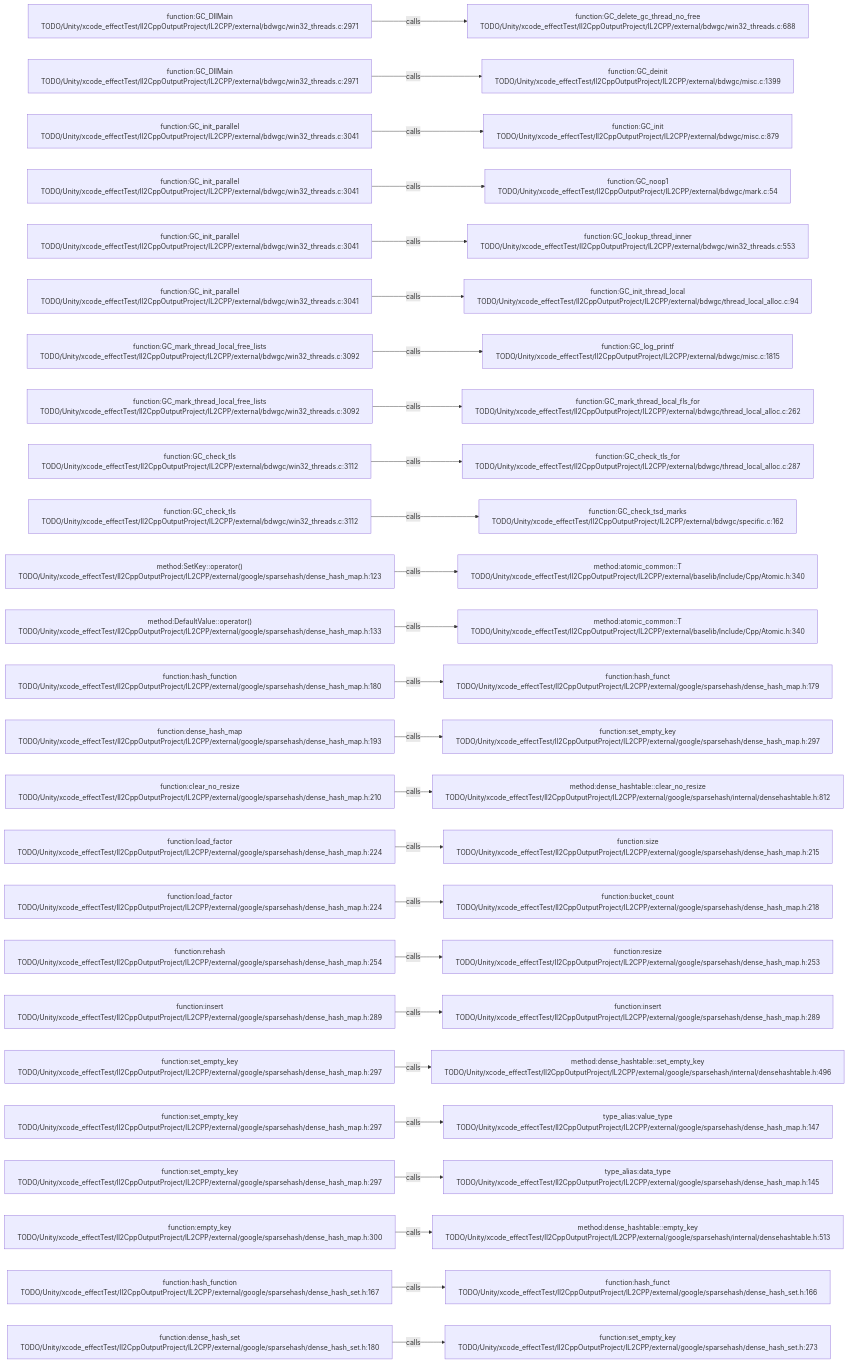
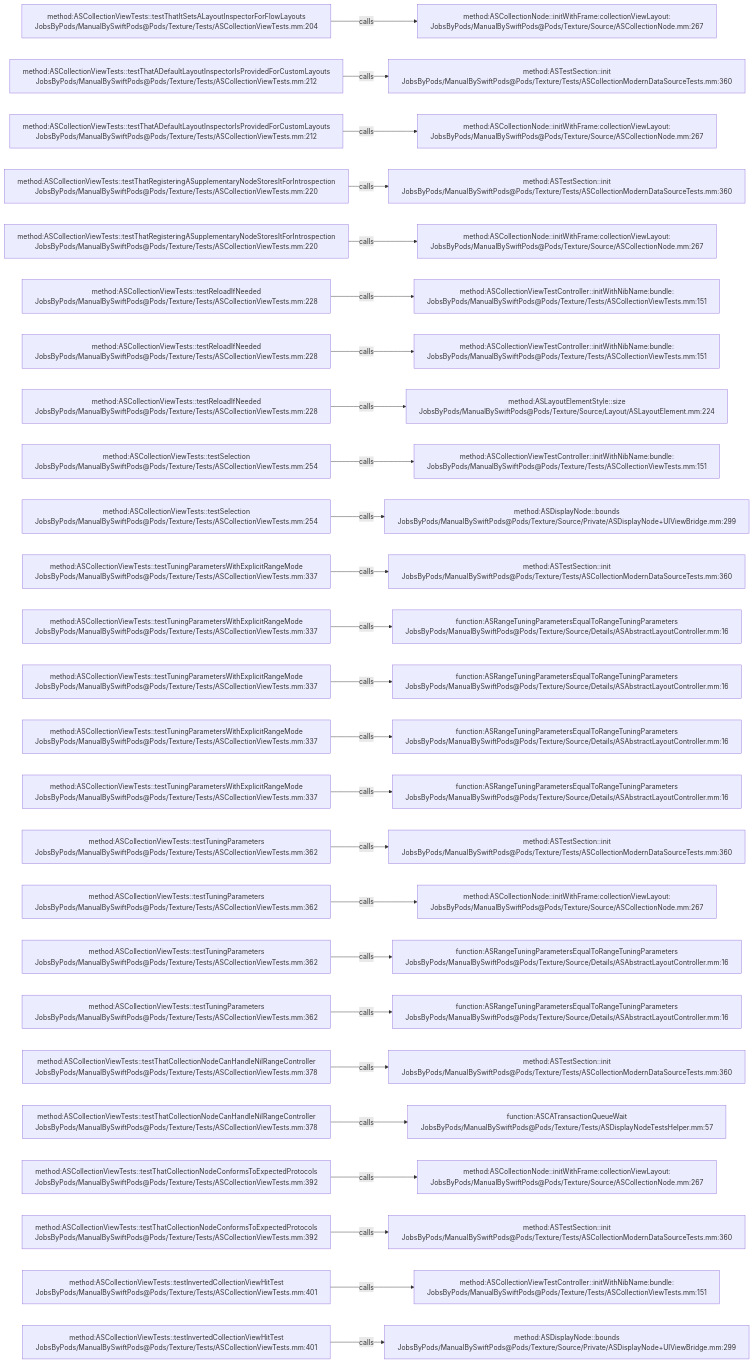
One commit to JobsKits/JobsSwiftBaseConfigDemo changed the diagram in .codegraph/codegraph.md/graphs/calls-190.md. Above: the diagram before and after it, drawn with Mermaid. The commit also changed 2959 other files, not shown here.

````diff
--- a/.codegraph/codegraph.md/graphs/calls-190.md
+++ b/.codegraph/codegraph.md/graphs/calls-190.md
@@ -13,78 +13,78 @@
 ```mermaid
 flowchart LR
-  S1["function:GC_DllMain<br/>TODO/Unity/xcode_effectTest/Il2CppOutputProject/IL2CPP/external/bdwgc/win32_threads.c:2971"]
-  T1["function:GC_delete_gc_thread_no_free<br/>TODO/Unity/xcode_effectTest/Il2CppOutputProject/IL2CPP/external/bdwgc/win32_threads.c:688"]
+  S1["method:ASCollectionViewTests::testThatItSetsALayoutInspectorForFlowLayouts<br/>JobsByPods/ManualBySwiftPods@Pods/Texture/Tests/ASCollectionViewTests.mm:204"]
+  T1["method:ASCollectionNode::initWithFrame:collectionViewLayout:<br/>JobsByPods/ManualBySwiftPods@Pods/Texture/Source/ASCollectionNode.mm:267"]
   S1 -->|calls| T1
-  S2["function:GC_DllMain<br/>TODO/Unity/xcode_effectTest/Il2CppOutputProject/IL2CPP/external/bdwgc/win32_threads.c:2971"]
-  T2["function:GC_deinit<br/>TODO/Unity/xcode_effectTest/Il2CppOutputProject/IL2CPP/external/bdwgc/misc.c:1399"]
+  S2["method:ASCollectionViewTests::testThatADefaultLayoutInspectorIsProvidedForCustomLayouts<br/>JobsByPods/ManualBySwiftPods@Pods/Texture/Tests/ASCollectionViewTests.mm:212"]
+  T2["method:ASTestSection::init<br/>JobsByPods/ManualBySwiftPods@Pods/Texture/Tests/ASCollectionModernDataSourceTests.mm:360"]
   S2 -->|calls| T2
-  S3["function:GC_init_parallel<br/>TODO/Unity/xcode_effectTest/Il2CppOutputProject/IL2CPP/external/bdwgc/win32_threads.c:3041"]
-  T3["function:GC_init<br/>TODO/Unity/xcode_effectTest/Il2CppOutputProject/IL2CPP/external/bdwgc/misc.c:879"]
+  S3["method:ASCollectionViewTests::testThatADefaultLayoutInspectorIsProvidedForCustomLayouts<br/>JobsByPods/ManualBySwiftPods@Pods/Texture/Tests/ASCollectionViewTests.mm:212"]
+  T3["method:ASCollectionNode::initWithFrame:collectionViewLayout:<br/>JobsByPods/ManualBySwiftPods@Pods/Texture/Source/ASCollectionNode.mm:267"]
   S3 -->|calls| T3
-  S4["function:GC_init_parallel<br/>TODO/Unity/xcode_effectTest/Il2CppOutputProject/IL2CPP/external/bdwgc/win32_threads.c:3041"]
-  T4["function:GC_noop1<br/>TODO/Unity/xcode_effectTest/Il2CppOutputProject/IL2CPP/external/bdwgc/mark.c:54"]
+  S4["method:ASCollectionViewTests::testThatRegisteringASupplementaryNodeStoresItForIntrospection<br/>JobsByPods/ManualBySwiftPods@Pods/Texture/Tests/ASCollectionViewTests.mm:220"]
+  T4["method:ASTestSection::init<br/>JobsByPods/ManualBySwiftPods@Pods/Texture/Tests/ASCollectionModernDataSourceTests.mm:360"]
   S4 -->|calls| T4
-  S5["function:GC_init_parallel<br/>TODO/Unity/xcode_effectTest/Il2CppOutputProject/IL2CPP/external/bdwgc/win32_threads.c:3041"]
-  T5["function:GC_lookup_thread_inner<br/>TODO/Unity/xcode_effectTest/Il2CppOutputProject/IL2CPP/external/bdwgc/win32_threads.c:553"]
+  S5["method:ASCollectionViewTests::testThatRegisteringASupplementaryNodeStoresItForIntrospection<br/>JobsByPods/ManualBySwiftPods@Pods/Texture/Tests/ASCollectionViewTests.mm:220"]
+  T5["method:ASCollectionNode::initWithFrame:collectionViewLayout:<br/>JobsByPods/ManualBySwiftPods@Pods/Texture/Source/ASCollectionNode.mm:267"]
   S5 -->|calls| T5
-  S6["function:GC_init_parallel<br/>TODO/Unity/xcode_effectTest/Il2CppOutputProject/IL2CPP/external/bdwgc/win32_threads.c:3041"]
-  T6["function:GC_init_thread_local<br/>TODO/Unity/xcode_effectTest/Il2CppOutputProject/IL2CPP/external/bdwgc/thread_local_alloc.c:94"]
+  S6["method:ASCollectionViewTests::testReloadIfNeeded<br/>JobsByPods/ManualBySwiftPods@Pods/Texture/Tests/ASCollectionViewTests.mm:228"]
+  T6["method:ASCollectionViewTestController::initWithNibName:bundle:<br/>JobsByPods/ManualBySwiftPods@Pods/Texture/Tests/ASCollectionViewTests.mm:151"]
   S6 -->|calls| T6
-  S7["function:GC_mark_thread_local_free_lists<br/>TODO/Unity/xcode_effectTest/Il2CppOutputProject/IL2CPP/external/bdwgc/win32_threads.c:3092"]
-  T7["function:GC_log_printf<br/>TODO/Unity/xcode_effectTest/Il2CppOutputProject/IL2CPP/external/bdwgc/misc.c:1815"]
+  S7["method:ASCollectionViewTests::testReloadIfNeeded<br/>JobsByPods/ManualBySwiftPods@Pods/Texture/Tests/ASCollectionViewTests.mm:228"]
+  T7["method:ASCollectionViewTestController::initWithNibName:bundle:<br/>JobsByPods/ManualBySwiftPods@Pods/Texture/Tests/ASCollectionViewTests.mm:151"]
   S7 -->|calls| T7
-  S8["function:GC_mark_thread_local_free_lists<br/>TODO/Unity/xcode_effectTest/Il2CppOutputProject/IL2CPP/external/bdwgc/win32_threads.c:3092"]
-  T8["function:GC_mark_thread_local_fls_for<br/>TODO/Unity/xcode_effectTest/Il2CppOutputProject/IL2CPP/external/bdwgc/thread_local_alloc.c:262"]
+  S8["method:ASCollectionViewTests::testReloadIfNeeded<br/>JobsByPods/ManualBySwiftPods@Pods/Texture/Tests/ASCollectionViewTests.mm:228"]
+  T8["method:ASLayoutElementStyle::size<br/>JobsByPods/ManualBySwiftPods@Pods/Texture/Source/Layout/ASLayoutElement.mm:224"]
   S8 -->|calls| T8
-  S9["function:GC_check_tls<br/>TODO/Unity/xcode_effectTest/Il2CppOutputProject/IL2CPP/external/bdwgc/win32_threads.c:3112"]
-  T9["function:GC_check_tls_for<br/>TODO/Unity/xcode_effectTest/Il2CppOutputProject/IL2CPP/external/bdwgc/thread_local_alloc.c:287"]
+  S9["method:ASCollectionViewTests::testSelection<br/>JobsByPods/ManualBySwiftPods@Pods/Texture/Tests/ASCollectionViewTests.mm:254"]
+  T9["method:ASCollectionViewTestController::initWithNibName:bundle:<br/>JobsByPods/ManualBySwiftPods@Pods/Texture/Tests/ASCollectionViewTests.mm:151"]
   S9 -->|calls| T9
-  S10["function:GC_check_tls<br/>TODO/Unity/xcode_effectTest/Il2CppOutputProject/IL2CPP/external/bdwgc/win32_threads.c:3112"]
-  T10["function:GC_check_tsd_marks<br/>TODO/Unity/xcode_effectTest/Il2CppOutputProject/IL2CPP/external/bdwgc/specific.c:162"]
+  S10["method:ASCollectionViewTests::testSelection<br/>JobsByPods/ManualBySwiftPods@Pods/Texture/Tests/ASCollectionViewTests.mm:254"]
+  T10["method:ASDisplayNode::bounds<br/>JobsByPods/ManualBySwiftPods@Pods/Texture/Source/Private/ASDisplayNode+UIViewBridge.mm:299"]
   S10 -->|calls| T10
-  S11["method:SetKey::operator()<br/>TODO/Unity/xcode_effectTest/Il2CppOutputProject/IL2CPP/external/google/sparsehash/dense_hash_map.h:123"]
-  T11["method:atomic_common::T<br/>TODO/Unity/xcode_effectTest/Il2CppOutputProject/IL2CPP/external/baselib/Include/Cpp/Atomic.h:340"]
+  S11["method:ASCollectionViewTests::testTuningParametersWithExplicitRangeMode<br/>JobsByPods/ManualBySwiftPods@Pods/Texture/Tests/ASCollectionViewTests.mm:337"]
+  T11["method:ASTestSection::init<br/>JobsByPods/ManualBySwiftPods@Pods/Texture/Tests/ASCollectionModernDataSourceTests.mm:360"]
   S11 -->|calls| T11
-  S12["method:DefaultValue::operator()<br/>TODO/Unity/xcode_effectTest/Il2CppOutputProject/IL2CPP/external/google/sparsehash/dense_hash_map.h:133"]
-  T12["method:atomic_common::T<br/>TODO/Unity/xcode_effectTest/Il2CppOutputProject/IL2CPP/external/baselib/Include/Cpp/Atomic.h:340"]
+  S12["method:ASCollectionViewTests::testTuningParametersWithExplicitRangeMode<br/>JobsByPods/ManualBySwiftPods@Pods/Texture/Tests/ASCollectionViewTests.mm:337"]
+  T12["function:ASRangeTuningParametersEqualToRangeTuningParameters<br/>JobsByPods/ManualBySwiftPods@Pods/Texture/Source/Details/ASAbstractLayoutController.mm:16"]
   S12 -->|calls| T12
-  S13["function:hash_function<br/>TODO/Unity/xcode_effectTest/Il2CppOutputProject/IL2CPP/external/google/sparsehash/dense_hash_map.h:180"]
-  T13["function:hash_funct<br/>TODO/Unity/xcode_effectTest/Il2CppOutputProject/IL2CPP/external/google/sparsehash/dense_hash_map.h:179"]
+  S13["method:ASCollectionViewTests::testTuningParametersWithExplicitRangeMode<br/>JobsByPods/ManualBySwiftPods@Pods/Texture/Tests/ASCollectionViewTests.mm:337"]
+  T13["function:ASRangeTuningParametersEqualToRangeTuningParameters<br/>JobsByPods/ManualBySwiftPods@Pods/Texture/Source/Details/ASAbstractLayoutController.mm:16"]
   S13 -->|calls| T13
-  S14["function:dense_hash_map<br/>TODO/Unity/xcode_effectTest/Il2CppOutputProject/IL2CPP/external/google/sparsehash/dense_hash_map.h:193"]
-  T14["function:set_empty_key<br/>TODO/Unity/xcode_effectTest/Il2CppOutputProject/IL2CPP/external/google/sparsehash/dense_hash_map.h:297"]
+  S14["method:ASCollectionViewTests::testTuningParametersWithExplicitRangeMode<br/>JobsByPods/ManualBySwiftPods@Pods/Texture/Tests/ASCollectionViewTests.mm:337"]
+  T14["function:ASRangeTuningParametersEqualToRangeTuningParameters<br/>JobsByPods/ManualBySwiftPods@Pods/Texture/Source/Details/ASAbstractLayoutController.mm:16"]
   S14 -->|calls| T14
-  S15["function:clear_no_resize<br/>TODO/Unity/xcode_effectTest/Il2CppOutputProject/IL2CPP/external/google/sparsehash/dense_hash_map.h:210"]
-  T15["method:dense_hashtable::clear_no_resize<br/>TODO/Unity/xcode_effectTest/Il2CppOutputProject/IL2CPP/external/google/sparsehash/internal/densehashtable.h:812"]
+  S15["method:ASCollectionViewTests::testTuningParametersWithExplicitRangeMode<br/>JobsByPods/ManualBySwiftPods@Pods/Texture/Tests/ASCollectionViewTests.mm:337"]
+  T15["function:ASRangeTuningParametersEqualToRangeTuningParameters<br/>JobsByPods/ManualBySwiftPods@Pods/Texture/Source/Details/ASAbstractLayoutController.mm:16"]
   S15 -->|calls| T15
-  S16["function:load_factor<br/>TODO/Unity/xcode_effectTest/Il2CppOutputProject/IL2CPP/external/google/sparsehash/dense_hash_map.h:224"]
-  T16["function:size<br/>TODO/Unity/xcode_effectTest/Il2CppOutputProject/IL2CPP/external/google/sparsehash/dense_hash_map.h:215"]
+  S16["method:ASCollectionViewTests::testTuningParameters<br/>JobsByPods/ManualBySwiftPods@Pods/Texture/Tests/ASCollectionViewTests.mm:362"]
+  T16["method:ASTestSection::init<br/>JobsByPods/ManualBySwiftPods@Pods/Texture/Tests/ASCollectionModernDataSourceTests.mm:360"]
   S16 -->|calls| T16
-  S17["function:load_factor<br/>TODO/Unity/xcode_effectTest/Il2CppOutputProject/IL2CPP/external/google/sparsehash/dense_hash_map.h:224"]
-  T17["function:bucket_count<br/>TODO/Unity/xcode_effectTest/Il2CppOutputProject/IL2CPP/external/google/sparsehash/dense_hash_map.h:218"]
+  S17["method:ASCollectionViewTests::testTuningParameters<br/>JobsByPods/ManualBySwiftPods@Pods/Texture/Tests/ASCollectionViewTests.mm:362"]
+  T17["method:ASCollectionNode::initWithFrame:collectionViewLayout:<br/>JobsByPods/ManualBySwiftPods@Pods/Texture/Source/ASCollectionNode.mm:267"]
   S17 -->|calls| T17
-  S18["function:rehash<br/>TODO/Unity/xcode_effectTest/Il2CppOutputProject/IL2CPP/external/google/sparsehash/dense_hash_map.h:254"]
-  T18["function:resize<br/>TODO/Unity/xcode_effectTest/Il2CppOutputProject/IL2CPP/external/google/sparsehash/dense_hash_map.h:253"]
+  S18["method:ASCollectionViewTests::testTuningParameters<br/>JobsByPods/ManualBySwiftPods@Pods/Texture/Tests/ASCollectionViewTests.mm:362"]
+  T18["function:ASRangeTuningParametersEqualToRangeTuningParameters<br/>JobsByPods/ManualBySwiftPods@Pods/Texture/Source/Details/ASAbstractLayoutController.mm:16"]
   S18 -->|calls| T18
-  S19["function:insert<br/>TODO/Unity/xcode_effectTest/Il2CppOutputProject/IL2CPP/external/google/sparsehash/dense_hash_map.h:289"]
-  T19["function:insert<br/>TODO/Unity/xcode_effectTest/Il2CppOutputProject/IL2CPP/external/google/sparsehash/dense_hash_map.h:289"]
+  S19["method:ASCollectionViewTests::testTuningParameters<br/>JobsByPods/ManualBySwiftPods@Pods/Texture/Tests/ASCollectionViewTests.mm:362"]
+  T19["function:ASRangeTuningParametersEqualToRangeTuningParameters<br/>JobsByPods/ManualBySwiftPods@Pods/Texture/Source/Details/ASAbstractLayoutController.mm:16"]
   S19 -->|calls| T19
-  S20["function:set_empty_key<br/>TODO/Unity/xcode_effectTest/Il2CppOutputProject/IL2CPP/external/google/sparsehash/dense_hash_map.h:297"]
-  T20["method:dense_hashtable::set_empty_key<br/>TODO/Unity/xcode_effectTest/Il2CppOutputProject/IL2CPP/external/google/sparsehash/internal/densehashtable.h:496"]
+  S20["method:ASCollectionViewTests::testThatCollectionNodeCanHandleNilRangeController<br/>JobsByPods/ManualBySwiftPods@Pods/Texture/Tests/ASCollectionViewTests.mm:378"]
+  T20["method:ASTestSection::init<br/>JobsByPods/ManualBySwiftPods@Pods/Texture/Tests/ASCollectionModernDataSourceTests.mm:360"]
   S20 -->|calls| T20
-  S21["function:set_empty_key<br/>TODO/Unity/xcode_effectTest/Il2CppOutputProject/IL2CPP/external/google/sparsehash/dense_hash_map.h:297"]
-  T21["type_alias:value_type<br/>TODO/Unity/xcode_effectTest/Il2CppOutputProject/IL2CPP/external/google/sparsehash/dense_hash_map.h:147"]
+  S21["method:ASCollectionViewTests::testThatCollectionNodeCanHandleNilRangeController<br/>JobsByPods/ManualBySwiftPods@Pods/Texture/Tests/ASCollectionViewTests.mm:378"]
+  T21["function:ASCATransactionQueueWait<br/>JobsByPods/ManualBySwiftPods@Pods/Texture/Tests/ASDisplayNodeTestsHelper.mm:57"]
   S21 -->|calls| T21
-  S22["function:set_empty_key<br/>TODO/Unity/xcode_effectTest/Il2CppOutputProject/IL2CPP/external/google/sparsehash/dense_hash_map.h:297"]
-  T22["type_alias:data_type<br/>TODO/Unity/xcode_effectTest/Il2CppOutputProject/IL2CPP/external/google/sparsehash/dense_hash_map.h:145"]
+  S22["method:ASCollectionViewTests::testThatCollectionNodeConformsToExpectedProtocols<br/>JobsByPods/ManualBySwiftPods@Pods/Texture/Tests/ASCollectionViewTests.mm:392"]
+  T22["method:ASCollectionNode::initWithFrame:collectionViewLayout:<br/>JobsByPods/ManualBySwiftPods@Pods/Texture/Source/ASCollectionNode.mm:267"]
   S22 -->|calls| T22
-  S23["function:empty_key<br/>TODO/Unity/xcode_effectTest/Il2CppOutputProject/IL2CPP/external/google/sparsehash/dense_hash_map.h:300"]
-  T23["method:dense_hashtable::empty_key<br/>TODO/Unity/xcode_effectTest/Il2CppOutputProject/IL2CPP/external/google/sparsehash/internal/densehashtable.h:513"]
+  S23["method:ASCollectionViewTests::testThatCollectionNodeConformsToExpectedProtocols<br/>JobsByPods/ManualBySwiftPods@Pods/Texture/Tests/ASCollectionViewTests.mm:392"]
+  T23["method:ASTestSection::init<br/>JobsByPods/ManualBySwiftPods@Pods/Texture/Tests/ASCollectionModernDataSourceTests.mm:360"]
   S23 -->|calls| T23
-  S24["function:hash_function<br/>TODO/Unity/xcode_effectTest/Il2CppOutputProject/IL2CPP/external/google/sparsehash/dense_hash_set.h:167"]
-  T24["function:hash_funct<br/>TODO/Unity/xcode_effectTest/Il2CppOutputProject/IL2CPP/external/google/sparsehash/dense_hash_set.h:166"]
+  S24["method:ASCollectionViewTests::testInvertedCollectionViewHitTest<br/>JobsByPods/ManualBySwiftPods@Pods/Texture/Tests/ASCollectionViewTests.mm:401"]
+  T24["method:ASCollectionViewTestController::initWithNibName:bundle:<br/>JobsByPods/ManualBySwiftPods@Pods/Texture/Tests/ASCollectionViewTests.mm:151"]
   S24 -->|calls| T24
-  S25["function:dense_hash_set<br/>TODO/Unity/xcode_effectTest/Il2CppOutputProject/IL2CPP/external/google/sparsehash/dense_hash_set.h:180"]
-  T25["function:set_empty_key<br/>TODO/Unity/xcode_effectTest/Il2CppOutputProject/IL2CPP/external/google/sparsehash/dense_hash_set.h:273"]
+  S25["method:ASCollectionViewTests::testInvertedCollectionViewHitTest<br/>JobsByPods/ManualBySwiftPods@Pods/Texture/Tests/ASCollectionViewTests.mm:401"]
+  T25["method:ASDisplayNode::bounds<br/>JobsByPods/ManualBySwiftPods@Pods/Texture/Source/Private/ASDisplayNode+UIViewBridge.mm:299"]
   S25 -->|calls| T25
 ```
````
